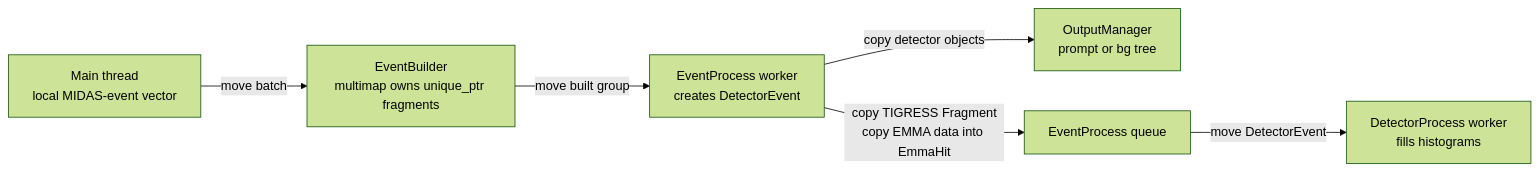
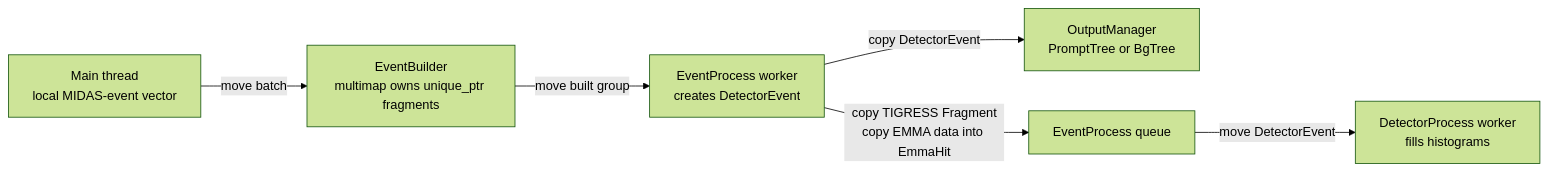
One commit to RHYME11/S2426Sort changed the second of 2 diagrams in README.md. Above: the diagram before and after it, drawn with Mermaid (forest theme). The commit also changed other lines of this file and 7 other files, not shown here.

Commit message:
Store detector events in a single tree branch

````diff
--- a/README.md
+++ b/README.md
@@ -462,8 +460,8 @@
 ```mermaid
 flowchart LR
   A["Main thread<br/>local MIDAS-event vector"] -->|"move batch"| B["EventBuilder<br/>multimap owns unique_ptr fragments"]
   B -->|"move built group"| C["EventProcess worker<br/>creates DetectorEvent"]
-  C -->|"copy detector objects"| F["OutputManager<br/>prompt or bg tree"]
+  C -->|"copy DetectorEvent"| F["OutputManager<br/>PromptTree or BgTree"]
   C -->|"copy TIGRESS Fragment<br/>copy EMMA data into EmmaHit"| D["EventProcess queue"]
   D -->|"move DetectorEvent"| E["DetectorProcess worker<br/>fills histograms"]
 ```
````
